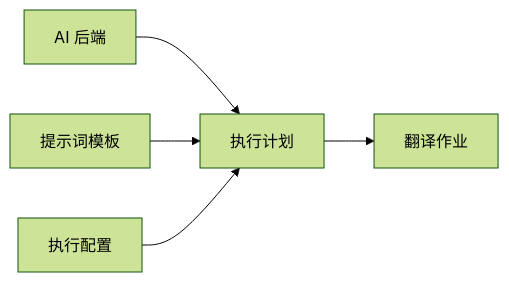
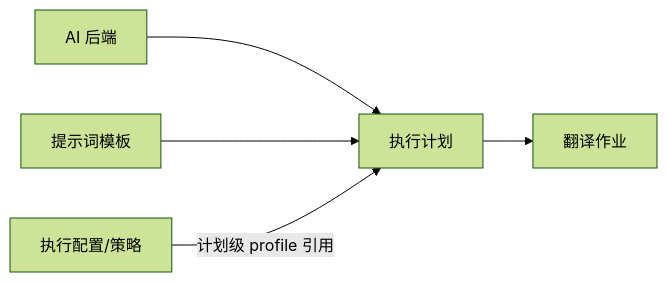
One commit to MeowSalty/LinguaFlow changed the diagram in docs/zh/guide/translation-config.md. Above: the diagram before and after it, drawn with Mermaid (forest theme). The commit also changed other lines of this file and 10 other files, not shown here.

````diff
--- a/docs/zh/guide/translation-config.md
+++ b/docs/zh/guide/translation-config.md
@@ -22,7 +22,7 @@
 ```mermaid
 flowchart LR
   B[AI 后端] --> P[执行计划]
   T[提示词模板] --> P
-  E[执行配置] --> P
+  E[执行配置/策略] -->|计划级 profile 引用| P
   P --> J[翻译作业]
 ```
````
